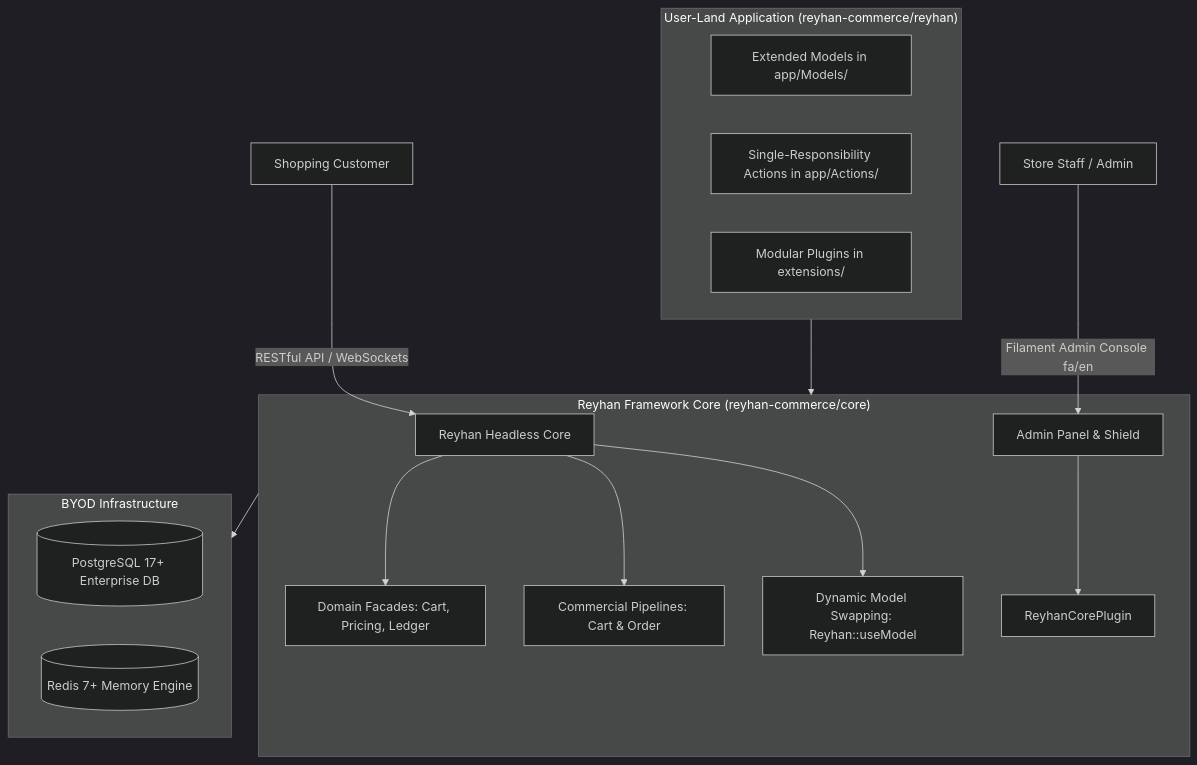
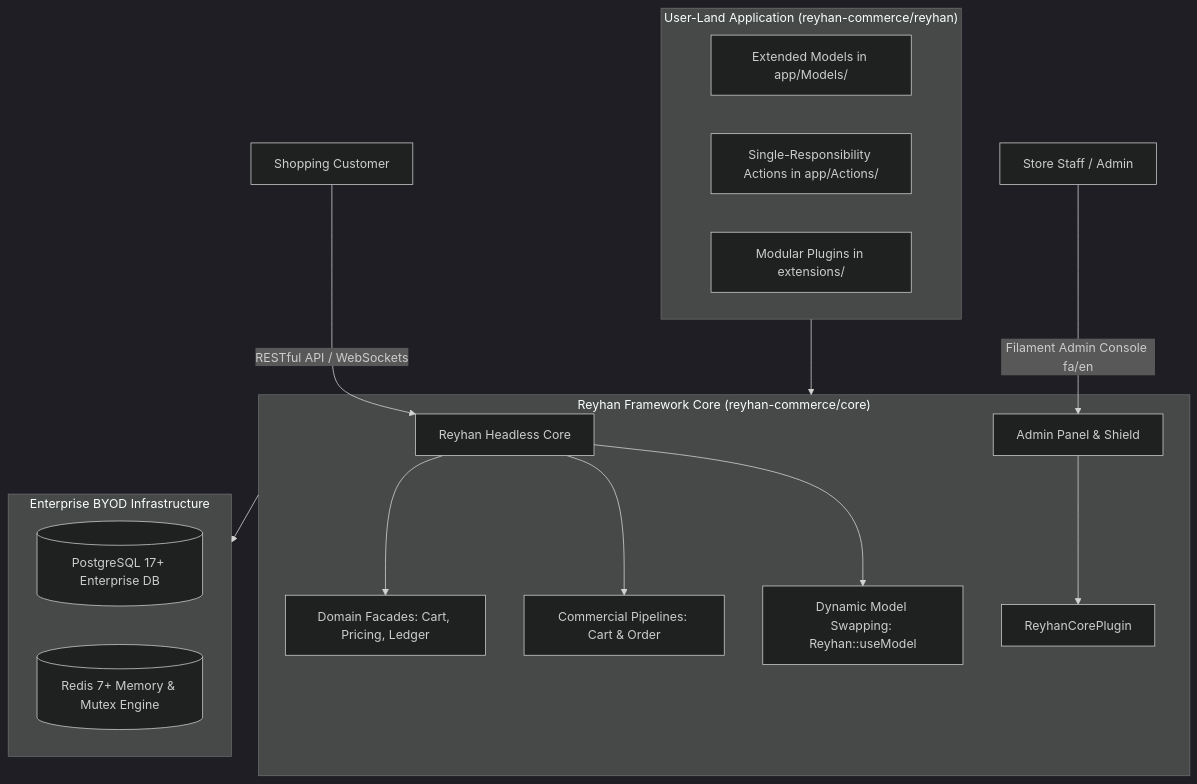
The diagram in v1/getting-started/overview.md (reyhan-commerce/docs), drawn with Mermaid (dark theme) before and after one commit. The commit also changed other lines of this file and 29 other files, not shown here.

````diff
--- a/v1/getting-started/overview.md
+++ b/v1/getting-started/overview.md
@@ -11,26 +20,26 @@
 ```mermaid
 graph TD
     Client["Shopping Customer"] -->|"RESTful API / WebSockets"| Engine["Reyhan Headless Core"]
     Staff["Store Staff / Admin"] -->|"Filament Admin Console fa/en"| Admin["Admin Panel & Shield"]
 
     subgraph FrameworkCore ["Reyhan Framework Core (reyhan-commerce/core)"]
         Engine --> Facades["Domain Facades: Cart, Pricing, Ledger"]
         Engine --> Pipelines["Commercial Pipelines: Cart & Order"]
         Engine --> ModelResolver["Dynamic Model Swapping: Reyhan::useModel"]
         Admin --> FilamentPlugin["ReyhanCorePlugin"]
     end
 
     subgraph UserLand ["User-Land Application (reyhan-commerce/reyhan)"]
         CustomModels["Extended Models in app/Models/"]
         CustomActions["Single-Responsibility Actions in app/Actions/"]
         Extensions["Modular Plugins in extensions/"]
     end
 
-    subgraph Infrastructure ["BYOD Infrastructure"]
+    subgraph Infrastructure ["Enterprise BYOD Infrastructure"]
         DB[("PostgreSQL 17+ Enterprise DB")]
-        Cache[("Redis 7+ Memory Engine")]
+        Cache[("Redis 7+ Memory & Mutex Engine")]
     end
 
     UserLand --> FrameworkCore
     FrameworkCore --> Infrastructure
 ```
````
